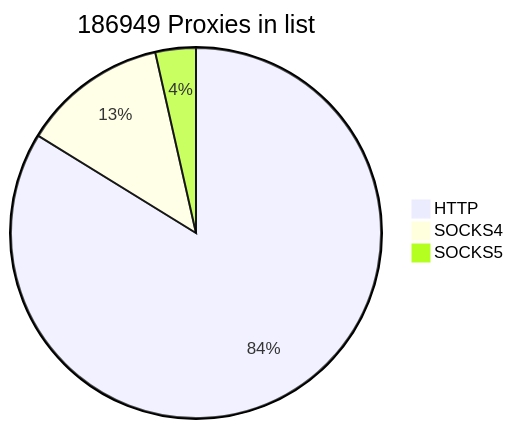
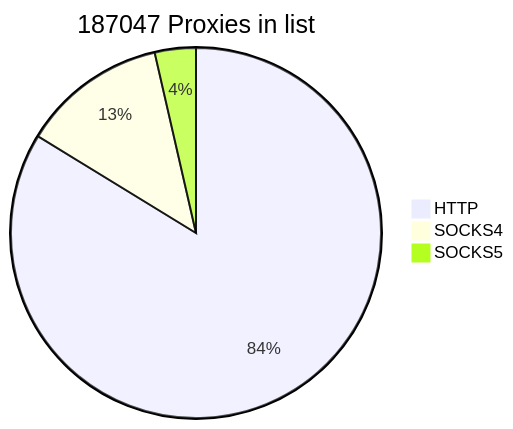
Before and after one commit to cutipu/proxylist: the first of 2 diagrams in README.md, drawn with Mermaid. The commit also changed other lines of this file, not shown here.

````diff
--- a/README.md
+++ b/README.md
@@ -2,7 +2,7 @@
 ```mermaid
-pie title 186949 Proxies in list
-    "HTTP" : 156640
-    "SOCKS4" : 23701
-    "SOCKS5" : 6608
+pie title 187047 Proxies in list
+    "HTTP" : 156643
+    "SOCKS4" : 23700
+    "SOCKS5" : 6704
             
 ```
````
